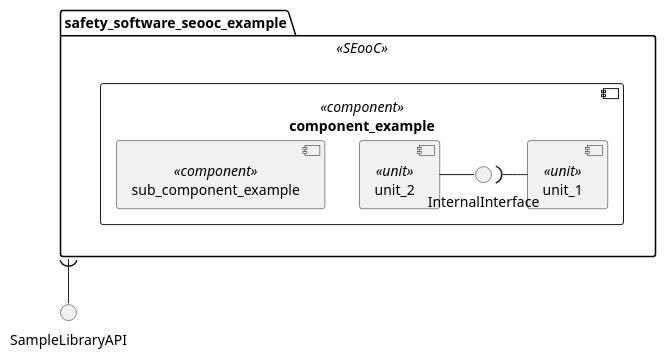
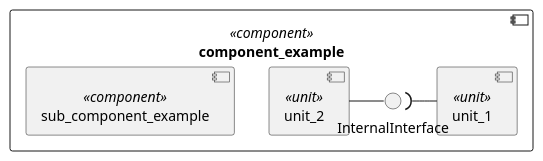
The diagram in bazel/rules/rules_score/examples/seooc/design/static_design.puml (eclipse-score/tooling), drawn with PlantUML before and after one commit. The commit also changed 248 other files, not shown here.

First line of the commit message:
plantuml, rules_score: resolve split views as one group

```diff
--- a/bazel/rules/rules_score/examples/seooc/design/static_design.puml
+++ b/bazel/rules/rules_score/examples/seooc/design/static_design.puml
@@ -14,19 +14,13 @@
 @startuml static_design
 
-package safety_software_seooc_example <<SEooC>> {
-    component component_example <<component>> {
-        component unit_1 <<unit>>
-        component unit_2 <<unit>>
-        component sub_component_example <<component>>
+component component_example <<component>> {
+    component unit_1 <<unit>>
+    component unit_2 <<unit>>
+    component sub_component_example <<component>>
 
-        interface InternalInterface
-        unit_1 -l-( InternalInterface
-        unit_2 -r- InternalInterface
-    }
+    interface InternalInterface
+    unit_1 -l-( InternalInterface
+    unit_2 -r- InternalInterface
 }
 
-interface SampleLibraryAPI
-
-safety_software_seooc_example )-d- SampleLibraryAPI
-
 @enduml
```
